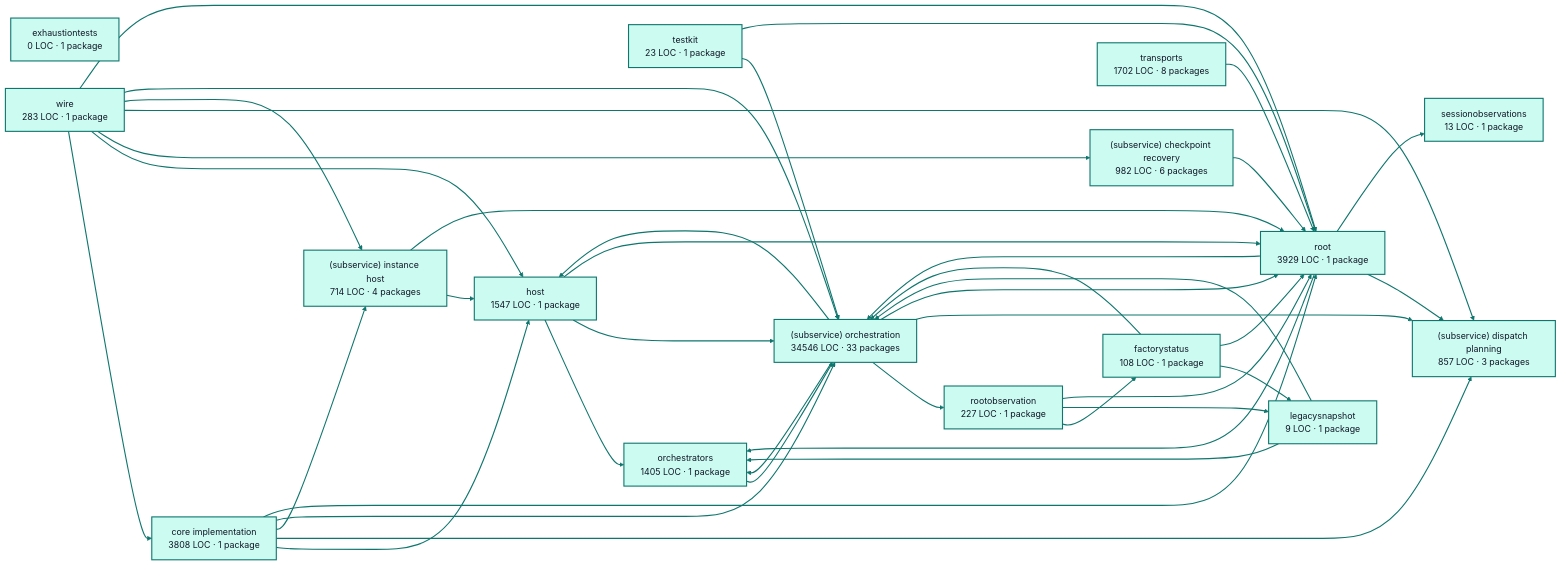
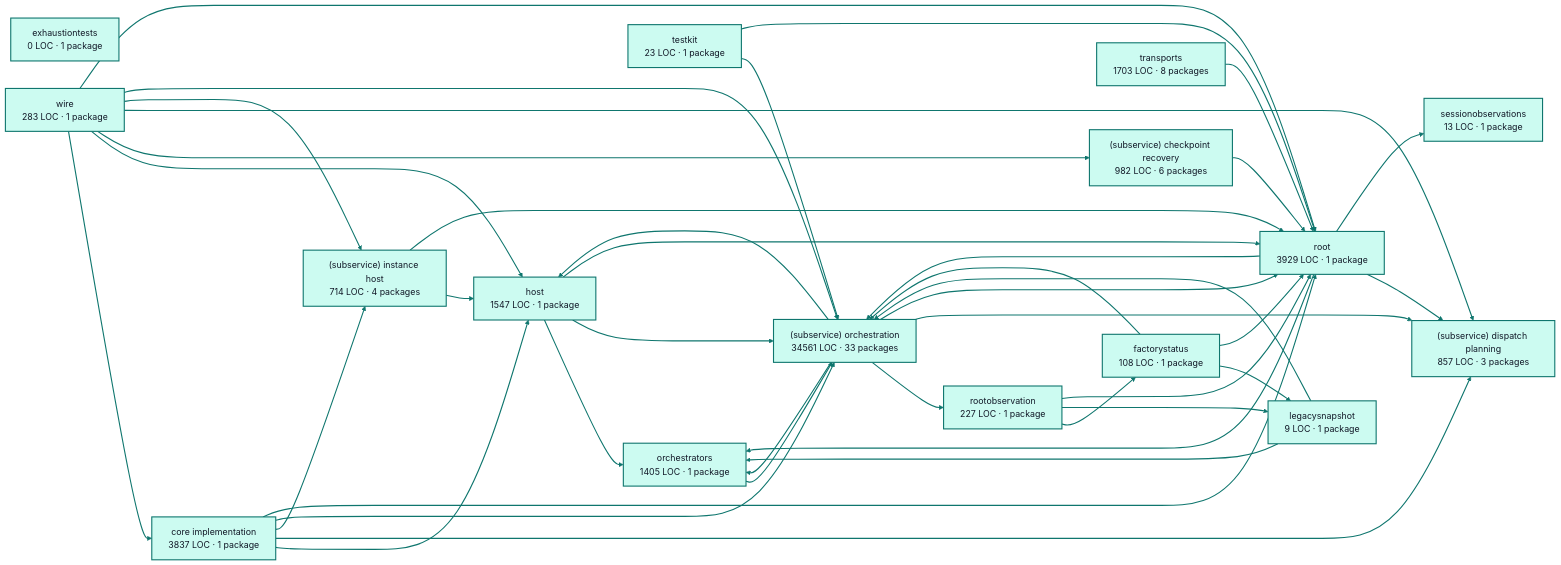
One commit to portpowered/you-agent-factory changed the diagram in docs/architecture/visualizations/services/factory_runtime.md. Above: the diagram before and after it, drawn with Mermaid. The commit also changed other lines of this file and 20 other files, not shown here.

Commit message:
docs: refresh backend architecture visualizations

````diff
--- a/docs/architecture/visualizations/services/factory_runtime.md
+++ b/docs/architecture/visualizations/services/factory_runtime.md
@@ -11,75 +11,75 @@
 ```mermaid
 flowchart LR
-  p0["core implementation<br/>3808 LOC · 1 package"]
+  p0["core implementation<br/>3837 LOC · 1 package"]
   p1["exhaustiontests<br/>0 LOC · 1 package"]
   p2["factorystatus<br/>108 LOC · 1 package"]
   p3["host<br/>1547 LOC · 1 package"]
   p4["legacysnapshot<br/>9 LOC · 1 package"]
   p5["orchestrators<br/>1405 LOC · 1 package"]
   p6["rootobservation<br/>227 LOC · 1 package"]
   p7["(subservice) checkpoint recovery<br/>982 LOC · 6 packages"]
   p8["(subservice) dispatch planning<br/>857 LOC · 3 packages"]
   p9["(subservice) instance host<br/>714 LOC · 4 packages"]
-  p10["(subservice) orchestration<br/>34546 LOC · 33 packages"]
+  p10["(subservice) orchestration<br/>34561 LOC · 33 packages"]
   p11["sessionobservations<br/>13 LOC · 1 package"]
   p12["testkit<br/>23 LOC · 1 package"]
   p13["root<br/>3929 LOC · 1 package"]
-  p14["transports<br/>1702 LOC · 8 packages"]
+  p14["transports<br/>1703 LOC · 8 packages"]
   p15["wire<br/>283 LOC · 1 package"]
   p0 --> p3
   p0 --> p8
   p0 --> p9
   p0 --> p10
   p0 --> p13
   p2 --> p4
   p2 --> p10
   p2 --> p13
   p3 --> p5
   p3 --> p10
   p3 --> p13
   p4 --> p5
   p4 --> p10
   p5 --> p10
   p6 --> p2
   p6 --> p4
   p6 --> p13
   p7 --> p13
   p9 --> p3
   p9 --> p13
   p10 --> p3
   p10 --> p5
   p10 --> p6
   p10 --> p8
   p10 --> p13
   p12 --> p10
   p12 --> p13
   p13 --> p5
   p13 --> p8
   p13 --> p10
   p13 --> p11
   p14 --> p13
   p15 --> p0
   p15 --> p3
   p15 --> p7
   p15 --> p8
   p15 --> p9
   p15 --> p10
   p15 --> p13
   style p0 fill:#ccfbf1,stroke:#0f766e,stroke-width:2px,color:#111827
   style p1 fill:#ccfbf1,stroke:#0f766e,stroke-width:2px,color:#111827
   style p2 fill:#ccfbf1,stroke:#0f766e,stroke-width:2px,color:#111827
   style p3 fill:#ccfbf1,stroke:#0f766e,stroke-width:2px,color:#111827
   style p4 fill:#ccfbf1,stroke:#0f766e,stroke-width:2px,color:#111827
   style p5 fill:#ccfbf1,stroke:#0f766e,stroke-width:2px,color:#111827
   style p6 fill:#ccfbf1,stroke:#0f766e,stroke-width:2px,color:#111827
   style p7 fill:#ccfbf1,stroke:#0f766e,stroke-width:2px,color:#111827
   style p8 fill:#ccfbf1,stroke:#0f766e,stroke-width:2px,color:#111827
   style p9 fill:#ccfbf1,stroke:#0f766e,stroke-width:2px,color:#111827
   style p10 fill:#ccfbf1,stroke:#0f766e,stroke-width:2px,color:#111827
   style p11 fill:#ccfbf1,stroke:#0f766e,stroke-width:2px,color:#111827
   style p12 fill:#ccfbf1,stroke:#0f766e,stroke-width:2px,color:#111827
   style p13 fill:#ccfbf1,stroke:#0f766e,stroke-width:2px,color:#111827
   style p14 fill:#ccfbf1,stroke:#0f766e,stroke-width:2px,color:#111827
   style p15 fill:#ccfbf1,stroke:#0f766e,stroke-width:2px,color:#111827
   linkStyle default stroke:#0f766e,stroke-width:2px
 ```
````
